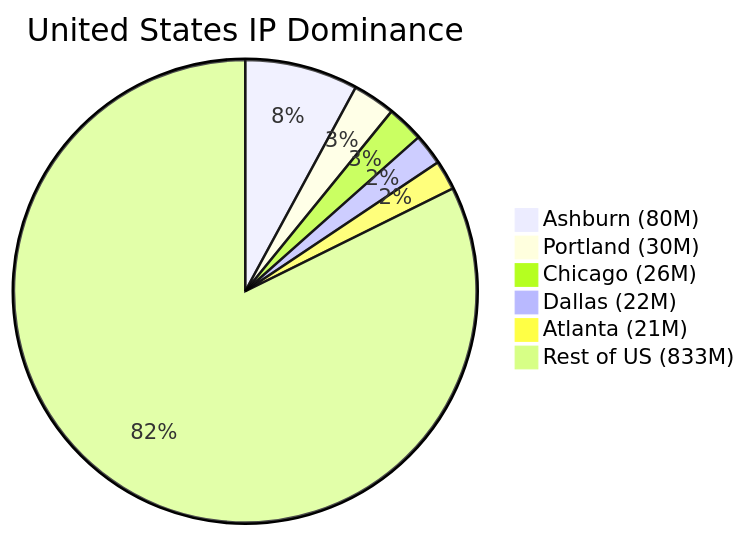
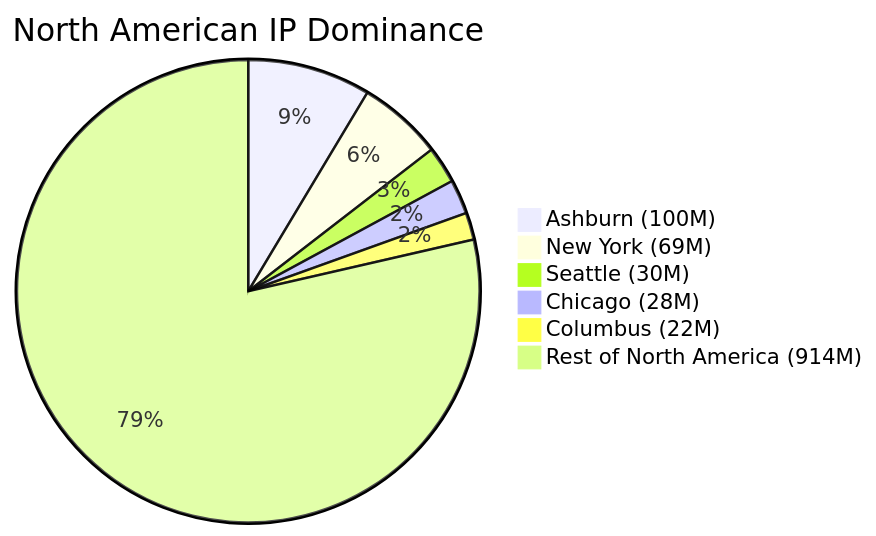
One commit to sudorandom/kmcd.dev changed the diagram in content/posts/2026/ashburn/index.md. Above: the diagram before and after it, drawn with Mermaid. The commit also changed other lines of this file and 12 other files, not shown here.

````diff
--- a/content/posts/2026/ashburn/index.md
+++ b/content/posts/2026/ashburn/index.md
@@ -97,9 +105,9 @@
 ```mermaid
-pie title United States IP Dominance
-    "Ashburn (80M)" : 80
-    "Portland (30M)" : 30
-    "Chicago (26M)" : 26
-    "Dallas (22M)" : 22
-    "Atlanta (21M)" : 21
-    "Rest of US (833M)" : 833
+pie title North American IP Dominance
+    "Ashburn (100M)" : 100
+    "New York (69M)" : 69
+    "Seattle (30M)" : 30
+    "Chicago (28M)" : 28
+    "Columbus (22M)" : 22
+    "Rest of North America (914M)" : 914
 ```
````
